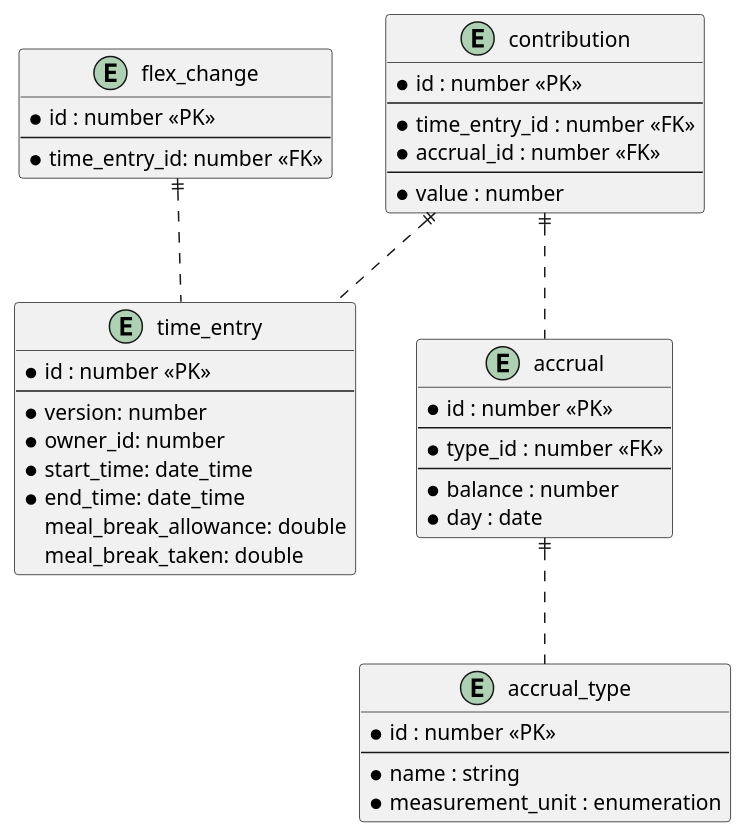
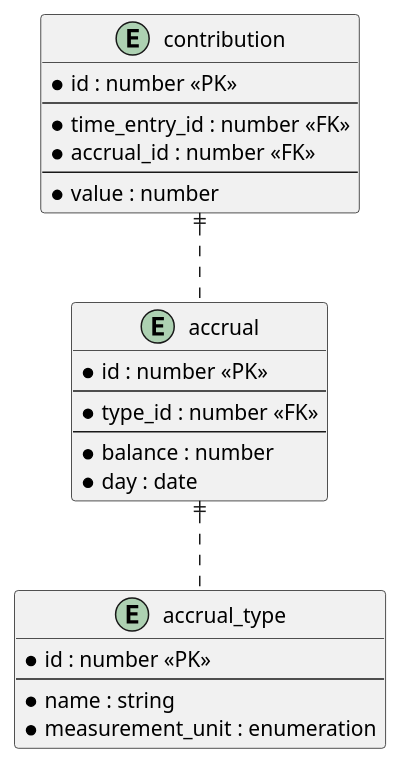
The diagram in docs/storage-model.puml (UKHomeOffice/callisto-accruals-restapi), drawn with PlantUML before and after one commit. The commit also changed 12 other files, not shown here.

```diff
--- a/docs/storage-model.puml
+++ b/docs/storage-model.puml
@@ -1,49 +1,30 @@
 @startuml
-
-entity time_entry {
-  * id : number <<PK>>
-  --
-  * version: number
-  * owner_id: number
-  * start_time: date_time
-  * end_time: date_time
-  meal_break_allowance: double
-  meal_break_taken: double  
-}
-
-entity flex_change {
-  * id : number <<PK>>
-  --
-  * time_entry_id: number <<FK>>
-}
 
 entity accrual {
   * id : number <<PK>>
   --
   * type_id : number <<FK>>
   --
   * balance : number
   * day : date
 }
 
 entity contribution {
   * id : number <<PK>>
   --
   * time_entry_id : number <<FK>>
   * accrual_id : number <<FK>>
   --
   * value : number
 }
 
 entity accrual_type {
   * id : number <<PK>>
   --
   * name : string
   * measurement_unit : enumeration
 }
 accrual ||.. accrual_type
 contribution ||.. accrual
-contribution ||.. time_entry
-flex_change ||.. time_entry
 
 @enduml
```
